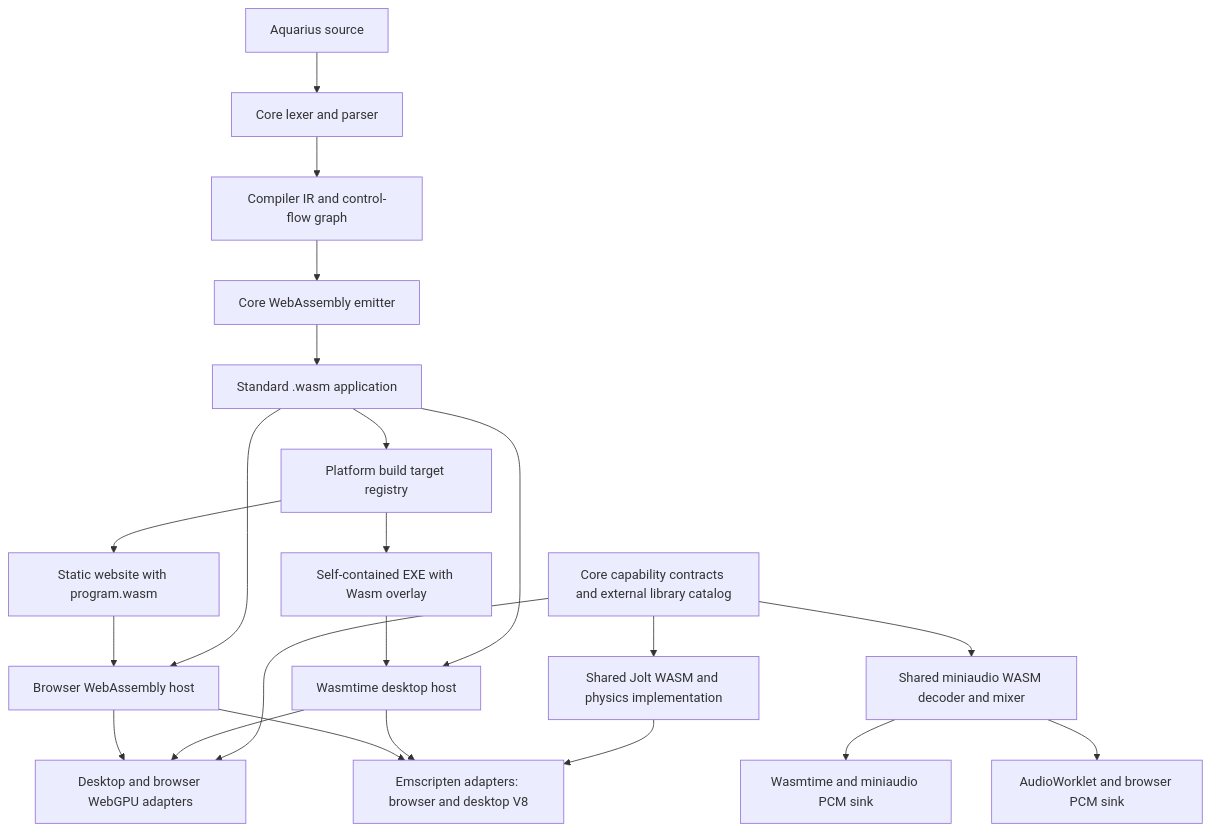
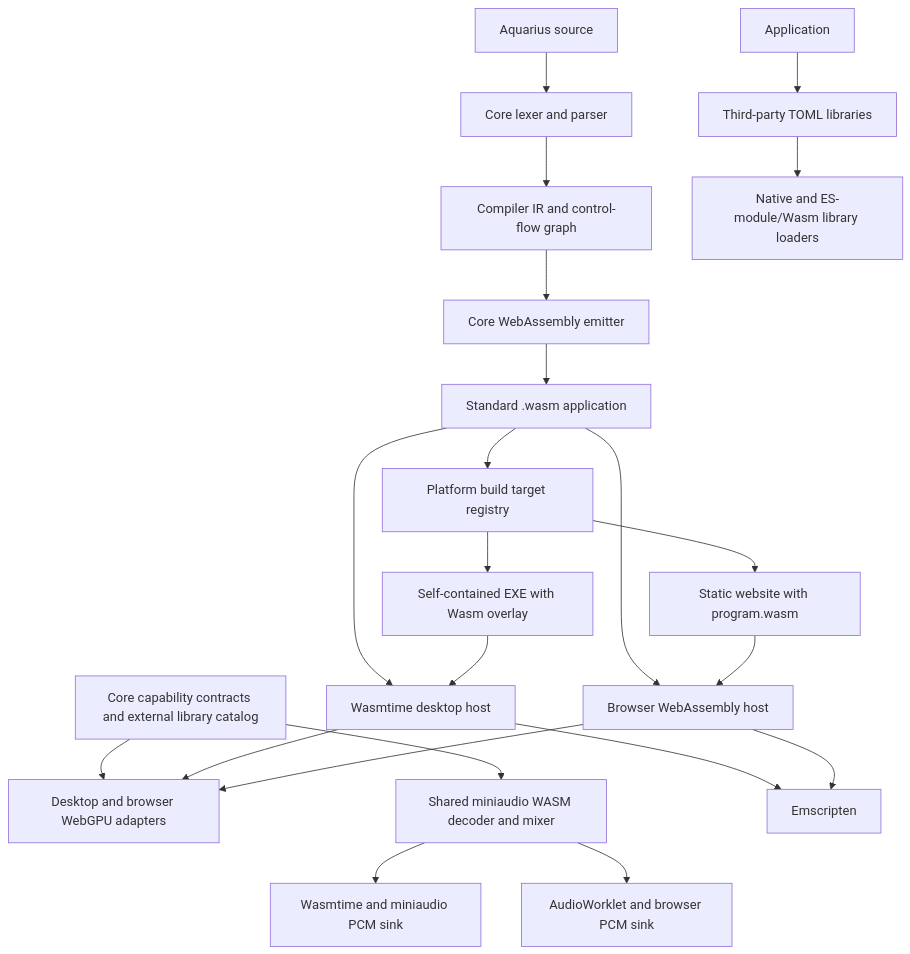
One commit to Aquarius-Language/AquariusLangTW changed the diagram in ARCHITECTURE.md. Above: the diagram before and after it, drawn with Mermaid. The commit also changed other lines of this file and 80 other files, not shown here.

Commit message:
Move Jolt Physics library out.

````diff
--- a/ARCHITECTURE.md
+++ b/ARCHITECTURE.md
@@ -25,24 +25,24 @@
 ```mermaid
 flowchart TD
     Source[Aquarius source] --> Frontend[Core lexer and parser]
     Frontend --> Lowering[Compiler IR and control-flow graph]
     Lowering --> Wasm[Core WebAssembly emitter]
     Wasm --> Artifact[Standard .wasm application]
     Artifact --> Desktop[Wasmtime desktop host]
     Artifact --> Web[Browser WebAssembly host]
     Artifact --> Export[Platform build target registry]
     Export --> Website[Static website with program.wasm]
     Export --> Exe[Self-contained EXE with Wasm overlay]
     Exe --> Desktop
     Website --> Web
     Core[Core capability contracts and external library catalog] --> GPU[Desktop and browser WebGPU adapters]
-    Core --> Jolt[Shared Jolt WASM and physics implementation]
+    Application --> Bottle[Third-party TOML libraries]
     Core --> Audio[Shared miniaudio WASM decoder and mixer]
     Audio --> AudioDesktop[Wasmtime and miniaudio PCM sink]
     Audio --> AudioWeb[AudioWorklet and browser PCM sink]
-    Jolt --> Emscripten[Emscripten adapters: browser and desktop V8]
+    Bottle --> Dynamic[Native and ES-module/Wasm library loaders]
     Desktop --> GPU
     Web --> GPU
     Desktop --> Emscripten
     Web --> Emscripten
 ```
````
